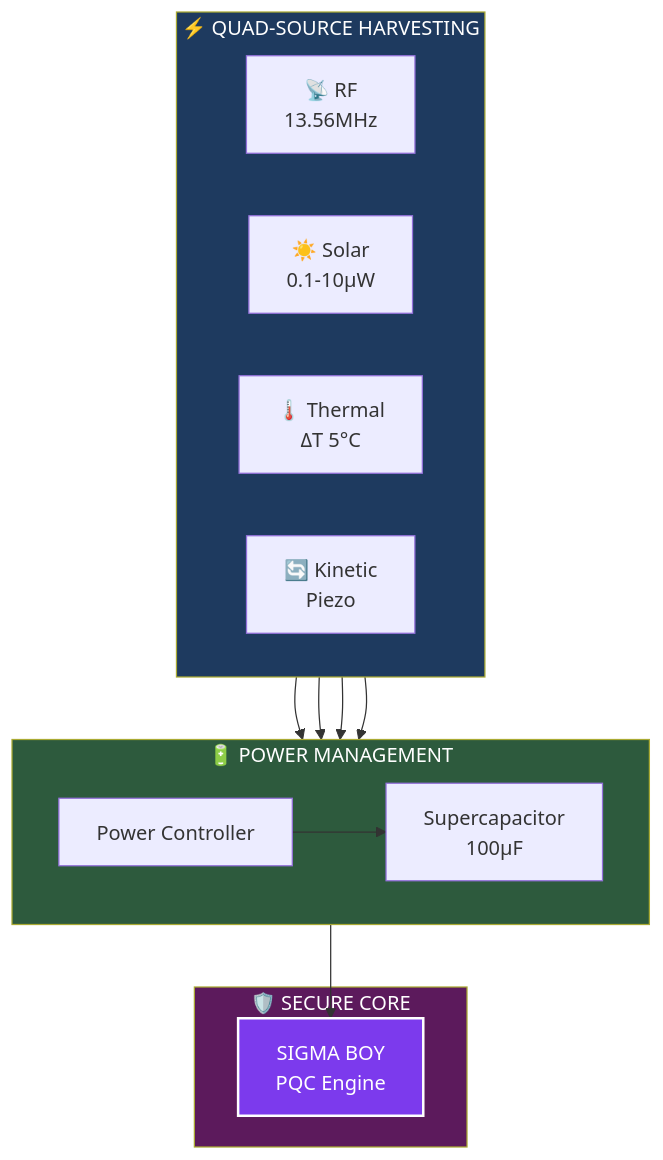
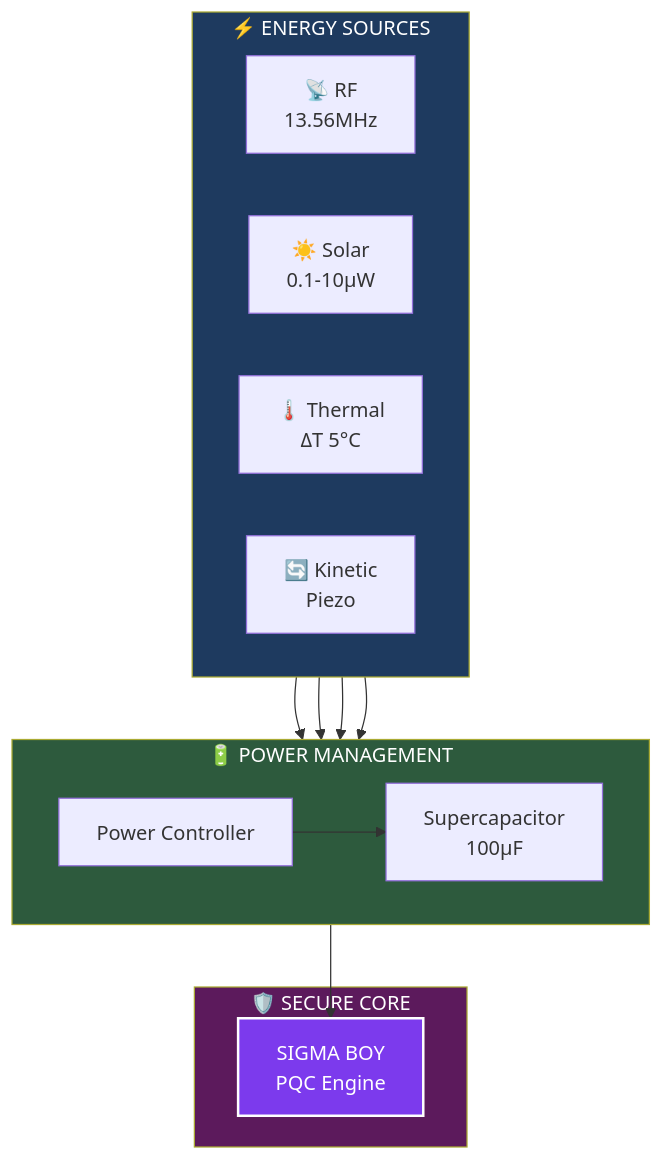
Before and after one commit to TAG-IT-NETWORK/tagit-docs: the second of 4 diagrams in docs/hardware/sigma-boy.md, drawn with Mermaid.

Commit message:
docs(sigma-boy): shorten energy sources title

````diff
--- a/docs/hardware/sigma-boy.md
+++ b/docs/hardware/sigma-boy.md
@@ -150,32 +150,32 @@
 ```mermaid
 flowchart TB
-    subgraph HARVEST["⚡ QUAD-SOURCE HARVESTING"]
+    subgraph HARVEST["⚡ ENERGY SOURCES"]
         direction LR
         RF["📡 RF<br>13.56MHz"]
         SOLAR["☀️ Solar<br>0.1-10μW"]
         THERMAL["🌡️ Thermal<br>ΔT 5°C"]
         KINETIC["🔄 Kinetic<br>Piezo"]
     end
 
     subgraph POWER["🔋 POWER MANAGEMENT"]
         direction LR
         MGMT["Power Controller"]
         CAP["Supercapacitor<br>100μF"]
     end
 
     subgraph CORE["🛡️ SECURE CORE"]
         SIGMA["SIGMA BOY<br>PQC Engine"]
     end
 
     RF --> MGMT
     SOLAR --> MGMT
     THERMAL --> MGMT
     KINETIC --> MGMT
     MGMT --> CAP
     CAP --> SIGMA
 
     style HARVEST fill:#1e3a5f,color:#fff
     style POWER fill:#2d5a3d,color:#fff
     style CORE fill:#5c1a5c,color:#fff
     style SIGMA fill:#7c3aed,color:#fff,stroke:#fff,stroke-width:2px
 ```
````
